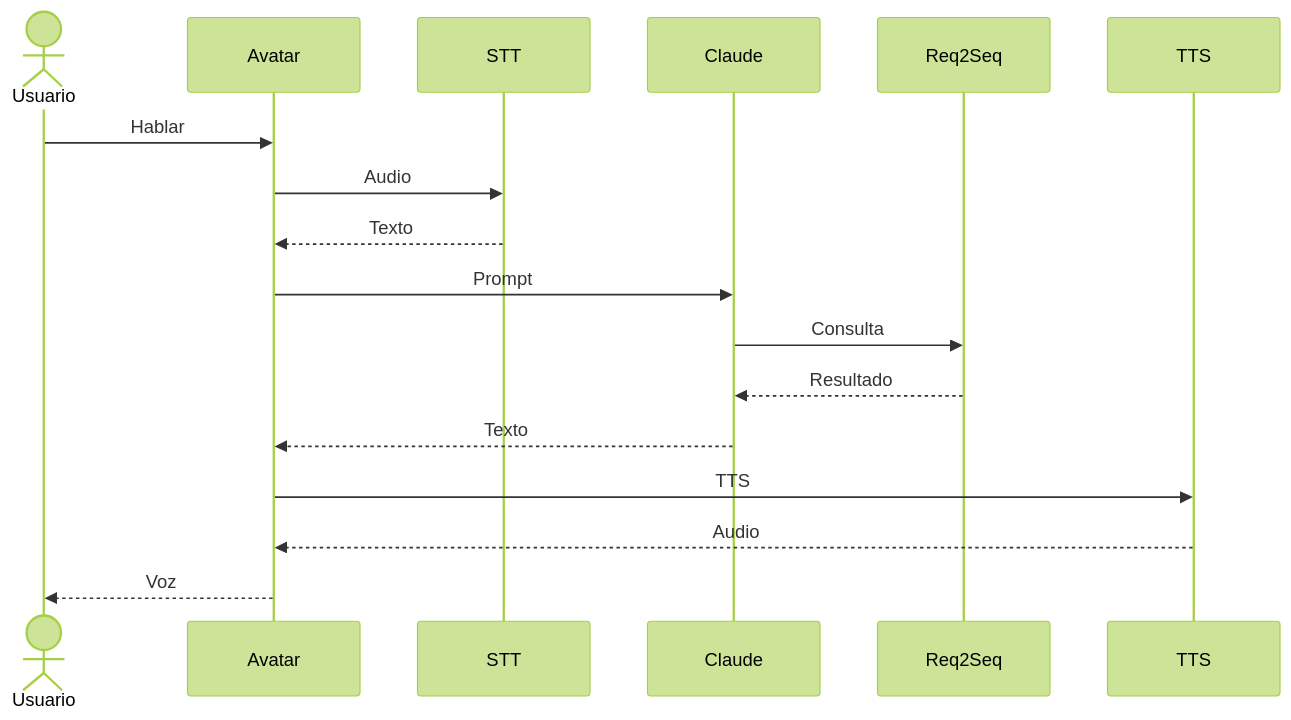
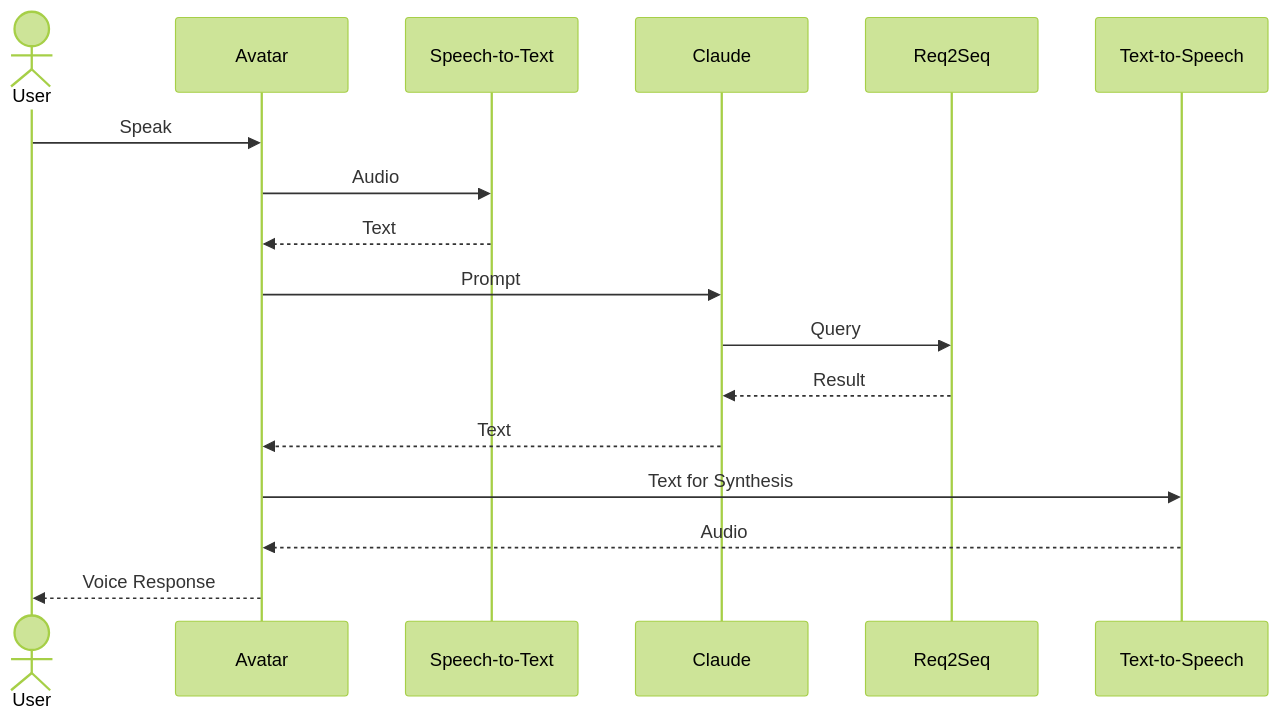
The diagram in README.md (daperez03/seqreq_agent), drawn with Mermaid (forest theme) before and after one commit.

Commit message:
feat: actualiza el readme con una demo y las ultimas decisiones del experimento

````diff
--- a/README.md
+++ b/README.md
@@ -125,24 +125,24 @@
 ```mermaid
 sequenceDiagram
-    actor U as Usuario
+    actor U as User
     participant Avatar
-    participant STT
+    participant STT as Speech-to-Text
     participant Claude
     participant MCP as Req2Seq
-    participant TTS
+    participant TTS as Text-to-Speech
 
-    U->>Avatar: Hablar
+    U->>Avatar: Speak
     Avatar->>STT: Audio
-    STT-->>Avatar: Texto
+    STT-->>Avatar: Text
 
     Avatar->>Claude: Prompt
-    Claude->>MCP: Consulta
-    MCP-->>Claude: Resultado
+    Claude->>MCP: Query
+    MCP-->>Claude: Result
 
-    Claude-->>Avatar: Texto
+    Claude-->>Avatar: Text
 
-    Avatar->>TTS: TTS
+    Avatar->>TTS: Text for Synthesis
     TTS-->>Avatar: Audio
 
-    Avatar-->>U: Voz
+    Avatar-->>U: Voice Response
 ```
````
